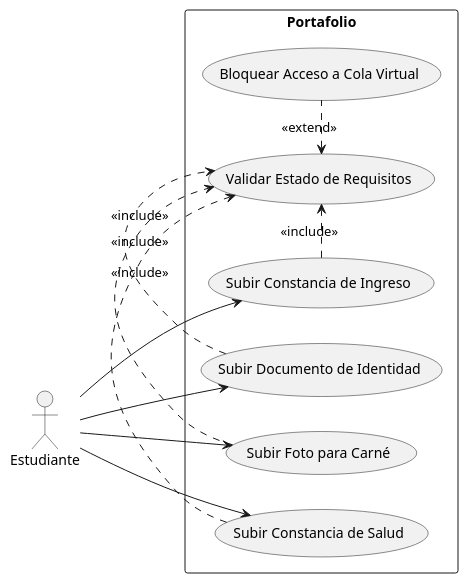
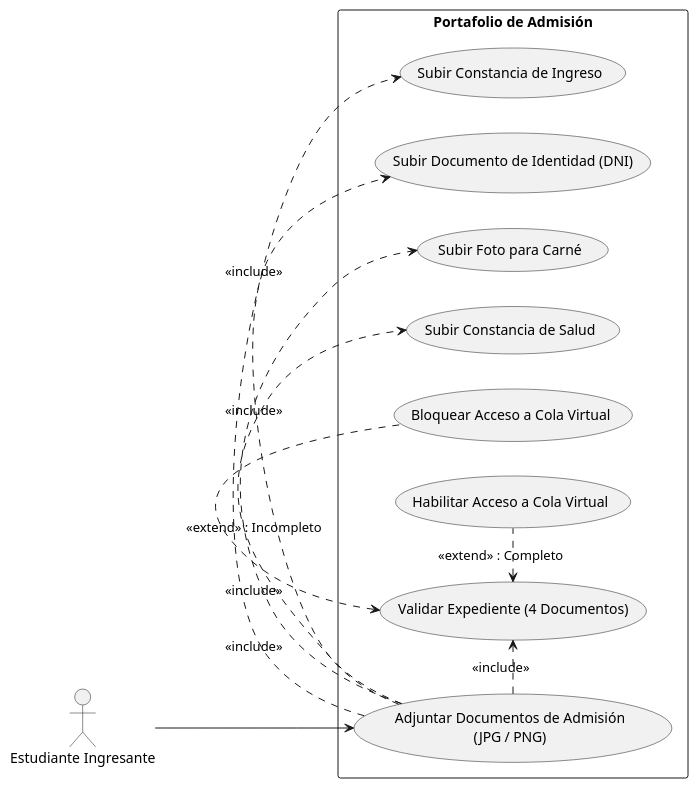
The diagram in diagramas/casos-de-uso/portafolio.puml (jsondev999/sistema-matricula), drawn with PlantUML before and after one commit. The commit also changed 6 other files, not shown here.

Commit message:
Actualiza diagramas

```diff
--- a/diagramas/casos-de-uso/portafolio.puml
+++ b/diagramas/casos-de-uso/portafolio.puml
@@ -1,26 +1,30 @@
 @startuml portafolio
 left to right direction
 skinparam packageStyle rectangle
 
-actor "Estudiante" as est
+actor "Estudiante Ingresante" as est
 
-rectangle "Portafolio" {
+rectangle "Portafolio de Admisión" {
+    usecase "Adjuntar Documentos de Admisión\n(JPG / PNG)" as UC_SubirDocs
     usecase "Subir Constancia de Ingreso" as UC_SubirIngreso
-    usecase "Subir Documento de Identidad" as UC_SubirDNI
+    usecase "Subir Documento de Identidad (DNI)" as UC_SubirDNI
     usecase "Subir Foto para Carné" as UC_SubirFoto
     usecase "Subir Constancia de Salud" as UC_SubirSalud
-    usecase "Validar Estado de Requisitos" as UC_ValidarReq
+    
+    usecase "Validar Expediente (4 Documentos)" as UC_ValidarReq
     usecase "Bloquear Acceso a Cola Virtual" as UC_Bloqueo
+    usecase "Habilitar Acceso a Cola Virtual" as UC_HabilitarCola
 }
 
-est --> UC_SubirIngreso
-est --> UC_SubirDNI
-est --> UC_SubirFoto
-est --> UC_SubirSalud
+est --> UC_SubirDocs
 
-UC_ValidarReq <. UC_Bloqueo : <<extend>>
-UC_SubirIngreso .> UC_ValidarReq : <<include>>
-UC_SubirDNI .> UC_ValidarReq : <<include>>
-UC_SubirFoto .> UC_ValidarReq : <<include>>
-UC_SubirSalud .> UC_ValidarReq : <<include>>
+UC_SubirDocs .> UC_SubirIngreso : <<include>>
+UC_SubirDocs .> UC_SubirDNI : <<include>>
+UC_SubirDocs .> UC_SubirFoto : <<include>>
+UC_SubirDocs .> UC_SubirSalud : <<include>>
+
+UC_SubirDocs .> UC_ValidarReq : <<include>>
+
+UC_ValidarReq <. UC_Bloqueo : <<extend>> : Incompleto
+UC_ValidarReq <. UC_HabilitarCola : <<extend>> : Completo
 @enduml
```
